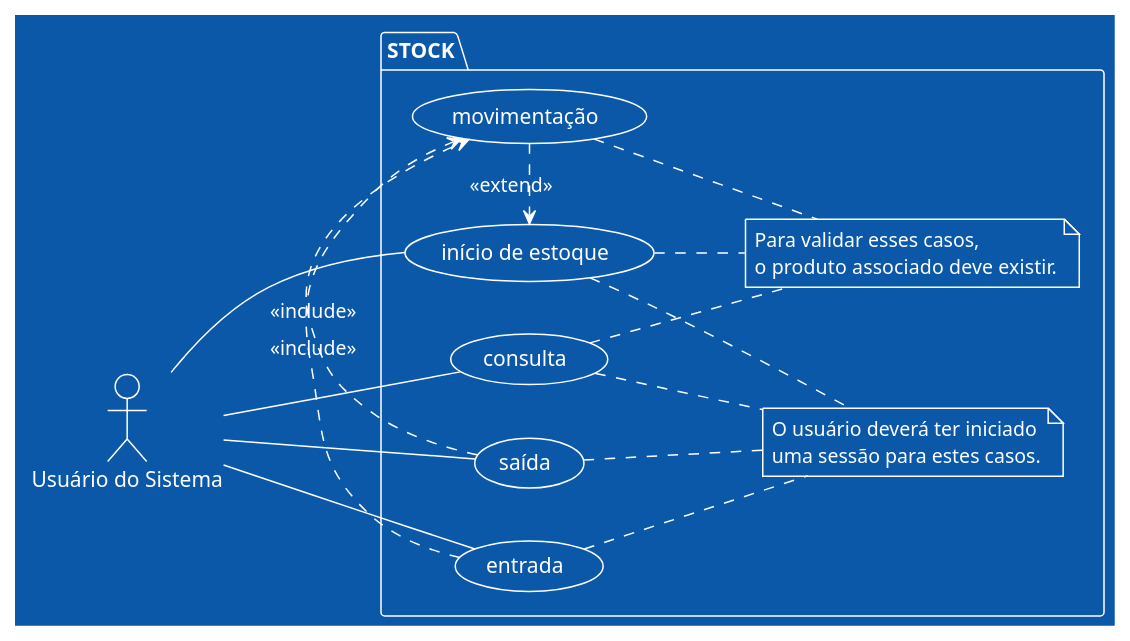
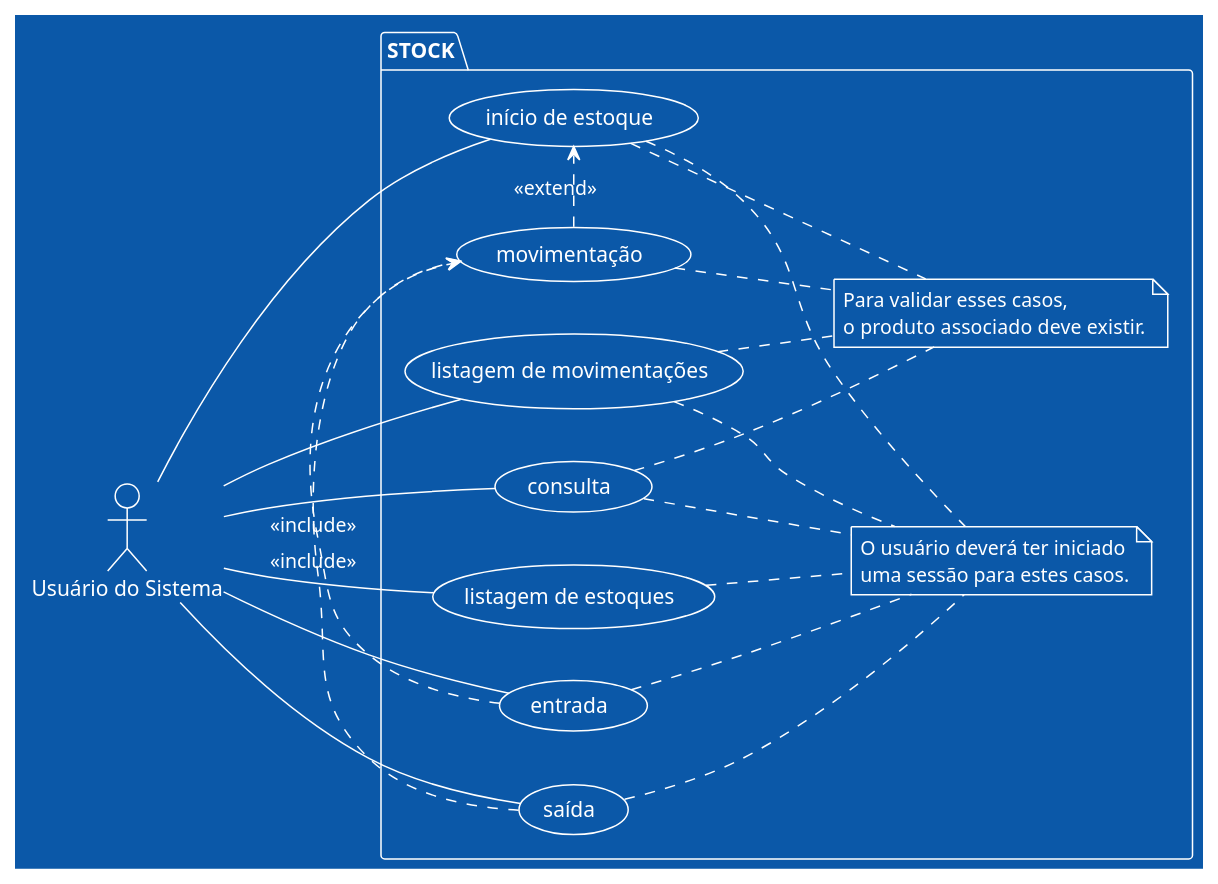
Before and after one commit to Minerva-System/minerva-system: the seventh of 9 diagrams in docs/src/diagramas/casos-de-uso.md, drawn with PlantUML. The commit also changed 3 other files, not shown here.

Commit message:
Tweaks to use case diagrams and back-end structure

````diff
--- a/docs/src/diagramas/casos-de-uso.md
+++ b/docs/src/diagramas/casos-de-uso.md
@@ -214,37 +214,44 @@
 ```plantuml
 @startuml
 !theme amiga
 left to right direction
 actor :Usuário do Sistema: as user
 
 package STOCK {
-	usecase "início de estoque" as estoque_inicio
-	usecase movimentação as estoque_movimentacao
-	usecase entrada as estoque_entrada
-	usecase saída as estoque_saida
-	usecase consulta as estoque_consulta
+	usecase "início de estoque" as inicio
+	usecase movimentação as movimentacao
+	usecase entrada as entrada
+	usecase saída as saida
+	usecase consulta as consulta
+	usecase "listagem de estoques" as listagem
+	usecase "listagem de movimentações" as listagem_movimentos
 
-	(estoque_movimentacao) .> (estoque_inicio) : << extend >>
-	(estoque_entrada) .> (estoque_movimentacao) : << include >>
-	(estoque_saida) .> (estoque_movimentacao) : << include >>
+	(movimentacao) .> (inicio) : << extend >>
+	(entrada) .> (movimentacao) : << include >>
+	(saida) .> (movimentacao) : << include >>
 	
 	note "O usuário deverá ter iniciado\numa sessão para estes casos." as must_have_session
 	note "Para validar esses casos,\no produto associado deve existir." as product_must_exist
 	
-	(estoque_inicio)..must_have_session
-	(estoque_entrada)..must_have_session
-	(estoque_saida)..must_have_session
-	(estoque_consulta)..must_have_session
+	(inicio)..must_have_session
+	(entrada)..must_have_session
+	(saida)..must_have_session
+	(consulta)..must_have_session
+	(listagem)..must_have_session
+	(listagem_movimentos)..must_have_session
 	
-	(estoque_inicio)..product_must_exist
-	(estoque_movimentacao)..product_must_exist
-	(estoque_consulta)..product_must_exist
+	(inicio)..product_must_exist
+	(movimentacao)..product_must_exist
+	(consulta)..product_must_exist
+	(listagem_movimentos)..product_must_exist
 }
 
-user -- estoque_inicio
-user -- estoque_entrada
-user -- estoque_saida
-user -- estoque_consulta
+user -- inicio
+user -- entrada
+user -- saida
+user -- consulta
+user -- listagem
+user -- listagem_movimentos
 
 @enduml
 ```
````
